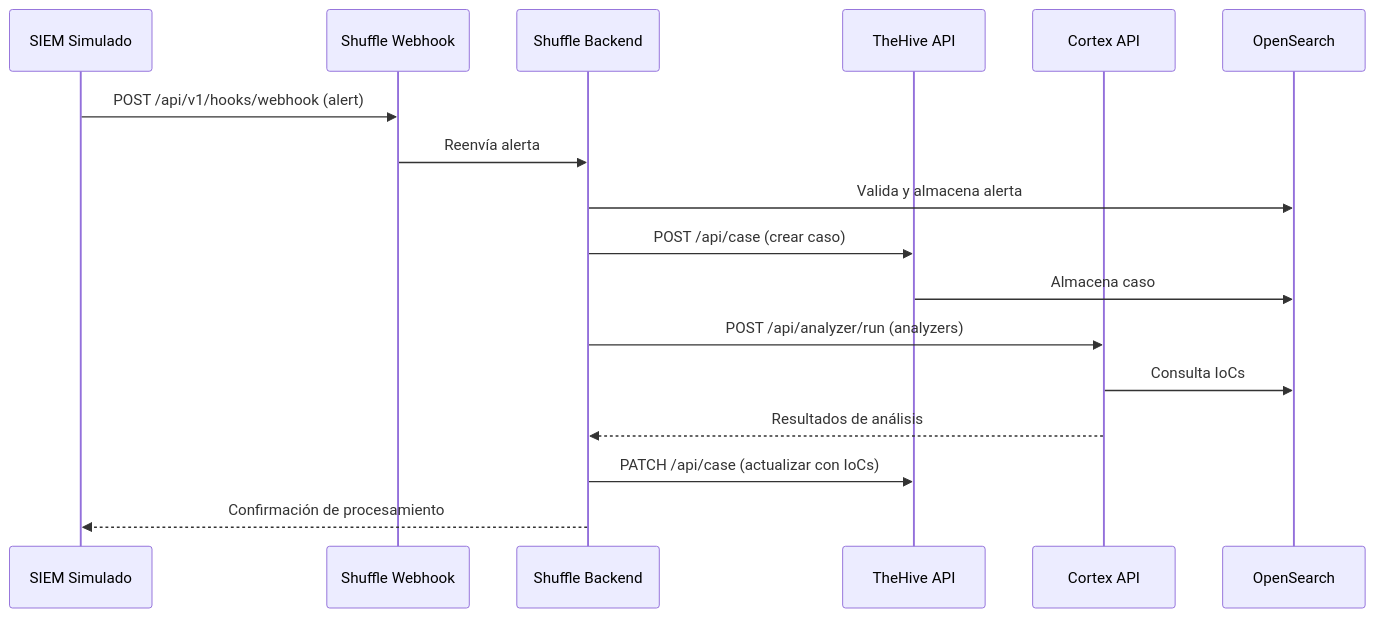
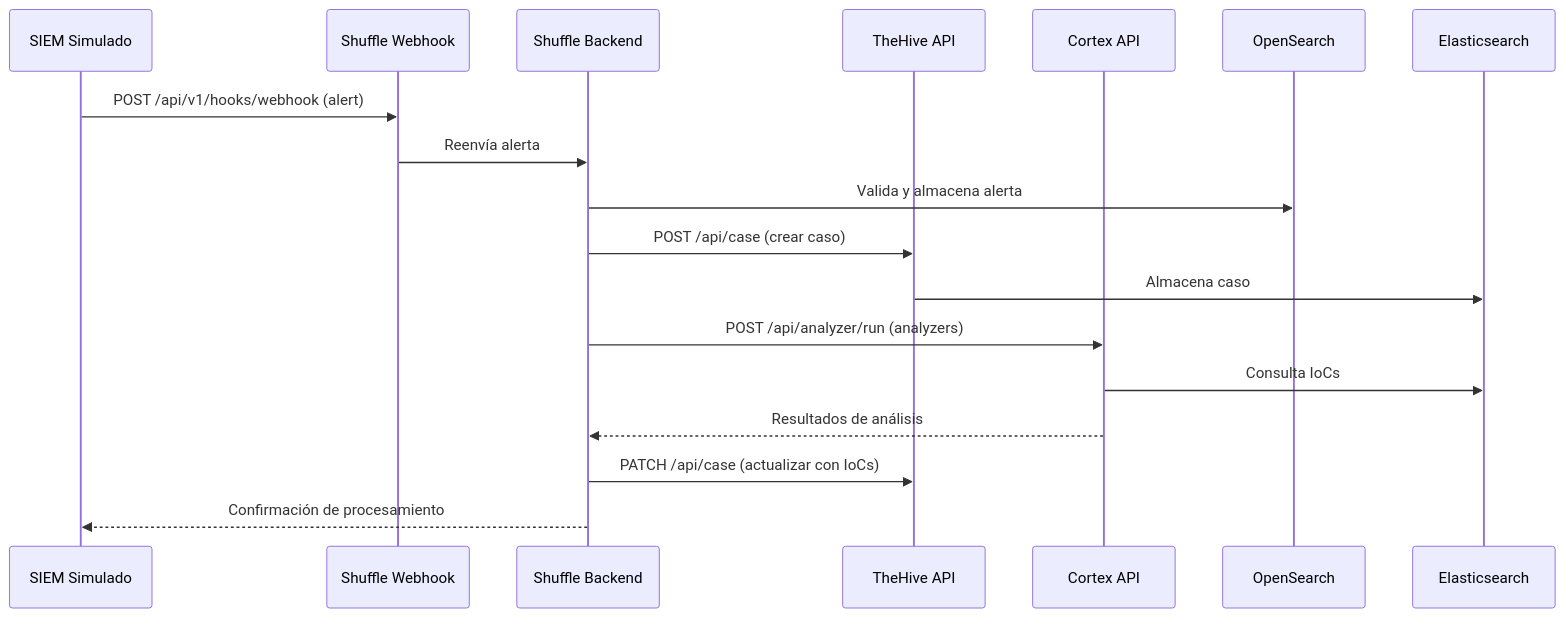
The second of 22 diagrams in docs/02-architecture.md (alesanfe/soar-ransomware-lab), drawn with Mermaid before and after one commit. The commit also changed other lines of this file and 3 other files, not shown here.

````diff
--- a/docs/02-architecture.md
+++ b/docs/02-architecture.md
@@ -385,20 +383,21 @@
 ```mermaid
 sequenceDiagram
  participant SIEM as SIEM Simulado
  participant Shuffle as Shuffle Webhook
  participant Backend as Shuffle Backend
  participant TheHive as TheHive API
  participant Cortex as Cortex API
- participant ES as OpenSearch
+ participant OS as OpenSearch
+ participant ES as Elasticsearch
 
  SIEM->>Shuffle: POST /api/v1/hooks/webhook (alert)
  Shuffle->>Backend: Reenvía alerta
- Backend->>ES: Valida y almacena alerta
+ Backend->>OS: Valida y almacena alerta
  Backend->>TheHive: POST /api/case (crear caso)
  TheHive->>ES: Almacena caso
  Backend->>Cortex: POST /api/analyzer/run (analyzers)
  Cortex->>ES: Consulta IoCs
  Cortex-->>Backend: Resultados de análisis
  Backend->>TheHive: PATCH /api/case (actualizar con IoCs)
  Backend-->>SIEM: Confirmación de procesamiento
 ```
````
